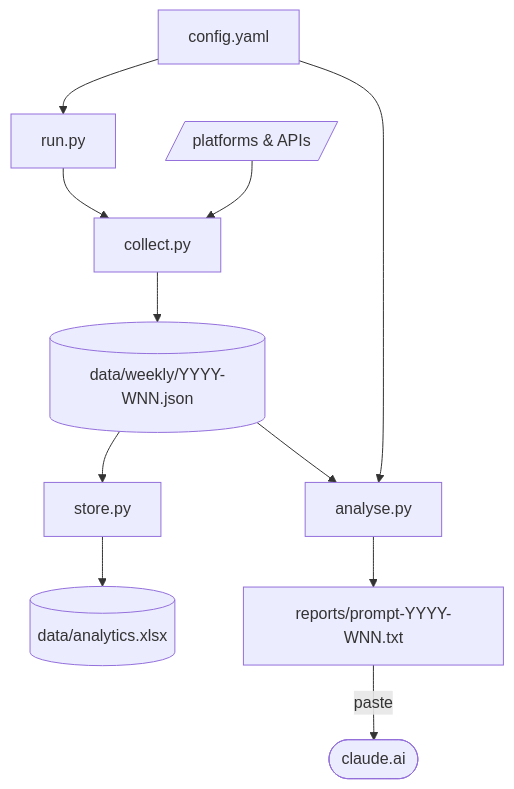
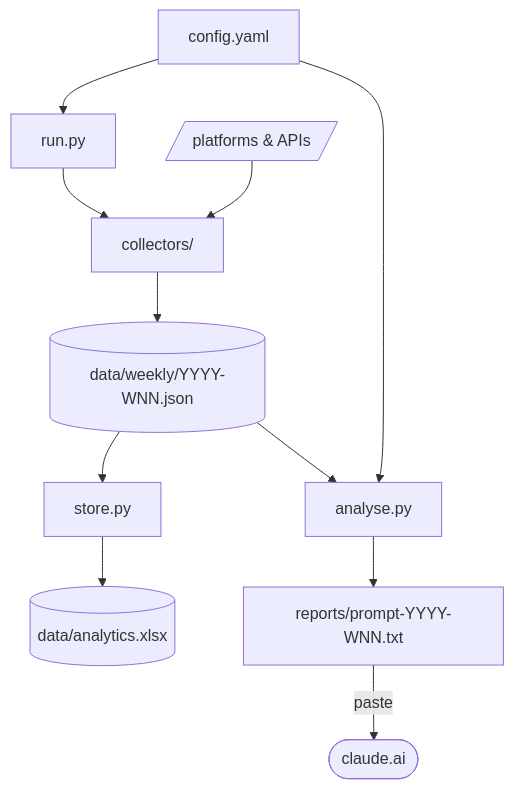
The diagram in README.md (catehstn/social-brain), drawn with Mermaid before and after one commit. The commit also changed other lines of this file, not shown here.

Commit message:
Update README: collectors/ package structure and Jetpack subscriber counts

````diff
--- a/README.md
+++ b/README.md
@@ -241,24 +241,24 @@
 ```mermaid
 flowchart TD
     SRC[/"platforms & APIs"/]
     CFG[config.yaml]
     CLI[run.py]
-    COL[collect.py]
+    COL[collectors/]
     STO[store.py]
     ANA[analyse.py]
     XLS[(data/analytics.xlsx)]
     JSON[(data/weekly/YYYY-WNN.json)]
     TXT[reports/prompt-YYYY-WNN.txt]
     AI([claude.ai])
 
     CFG --> CLI
     CLI --> COL
     SRC --> COL
     COL --> JSON
     JSON --> STO
     STO --> XLS
     JSON --> ANA
     CFG --> ANA
     ANA --> TXT
     TXT -->|paste| AI
 ```
````
